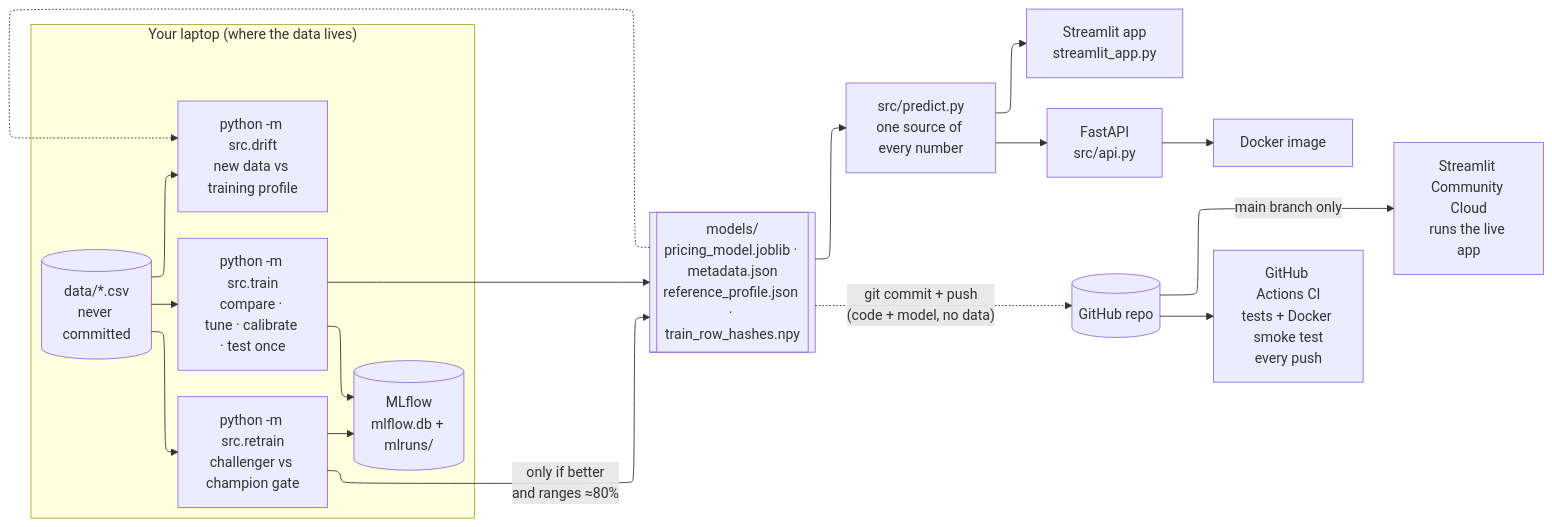
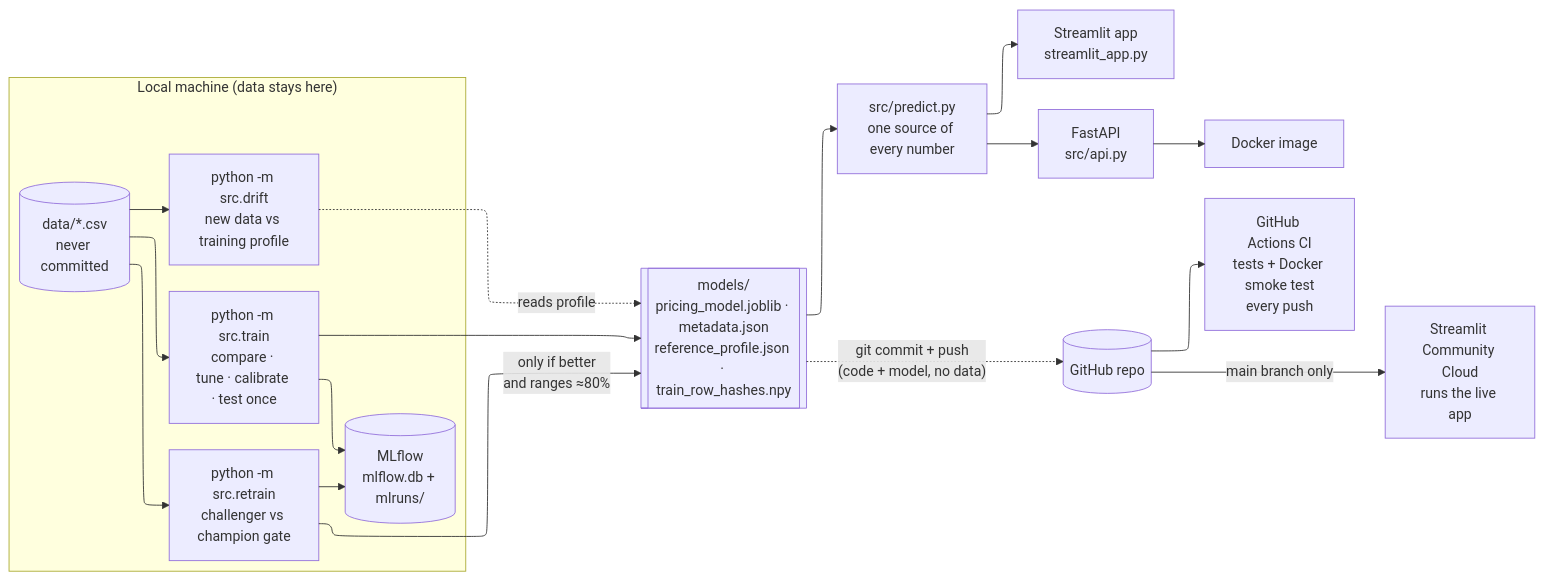
One commit to Kaushik075/used-car-pricing-engine changed the diagram in docs/architecture.mmd. Above: the diagram before and after it, drawn with Mermaid. The commit also changed 1 other file, not shown here.

Commit message:
Diagram: clearer local label, straight drift arrow

```diff
--- a/docs/architecture.mmd
+++ b/docs/architecture.mmd
@@ -1,29 +1,29 @@
 ---
 config:
   layout: elk
   flowchart:
     wrappingWidth: 110
 ---
 flowchart LR
-    subgraph local["Your laptop (where the data lives)"]
+    subgraph local["Local machine (data stays here)"]
         CSV[("data/*.csv<br/>never committed")]
         TRAIN["python -m src.train<br/>compare · tune · calibrate · test once"]
         RETRAIN["python -m src.retrain<br/>challenger vs champion gate"]
         DRIFT["python -m src.drift<br/>new data vs training profile"]
         MLF[("MLflow<br/>mlflow.db + mlruns/")]
         CSV --> TRAIN & RETRAIN & DRIFT
         TRAIN --> MLF
         RETRAIN --> MLF
     end
     MODELS[["models/<br/>pricing_model.joblib · metadata.json<br/>reference_profile.json · train_row_hashes.npy"]]
     TRAIN --> MODELS
     RETRAIN -- "only if better<br/>and ranges ≈80%" --> MODELS
-    MODELS -.-> DRIFT
+    DRIFT -. "reads profile" .-> MODELS
     PRED["src/predict.py<br/>one source of every number"]
     MODELS --> PRED
     PRED --> APP["Streamlit app<br/>streamlit_app.py"]
     PRED --> API["FastAPI<br/>src/api.py"]
     API --> DOCKER["Docker image"]
     MODELS -. "git commit + push<br/>(code + model, no data)" .-> REPO[("GitHub repo")]
     REPO --> GH["GitHub Actions CI<br/>tests + Docker smoke test<br/>every push"]
     REPO -- "main branch only" --> CLOUD["Streamlit Community Cloud<br/>runs the live app"]
```
